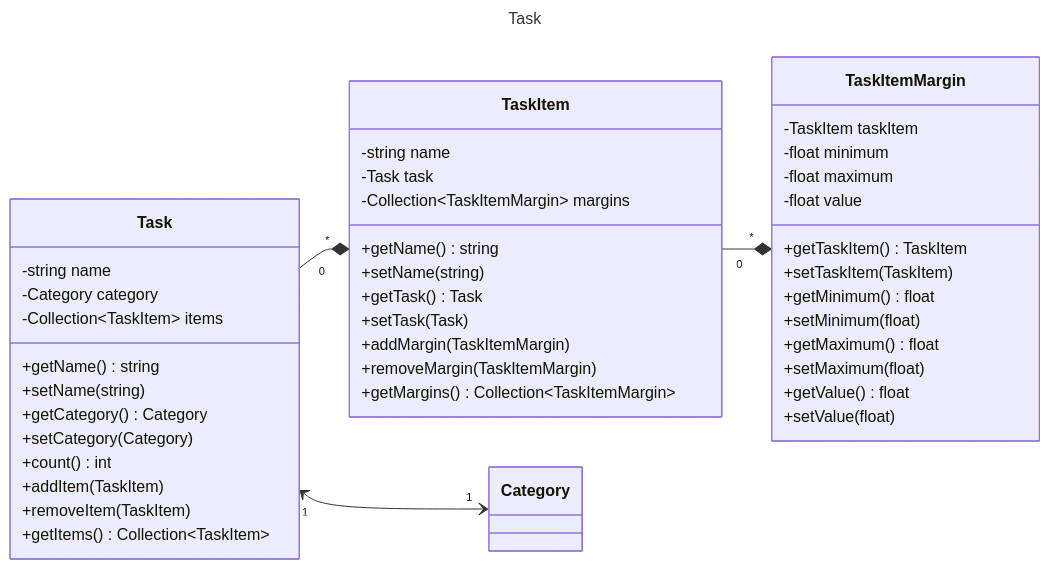
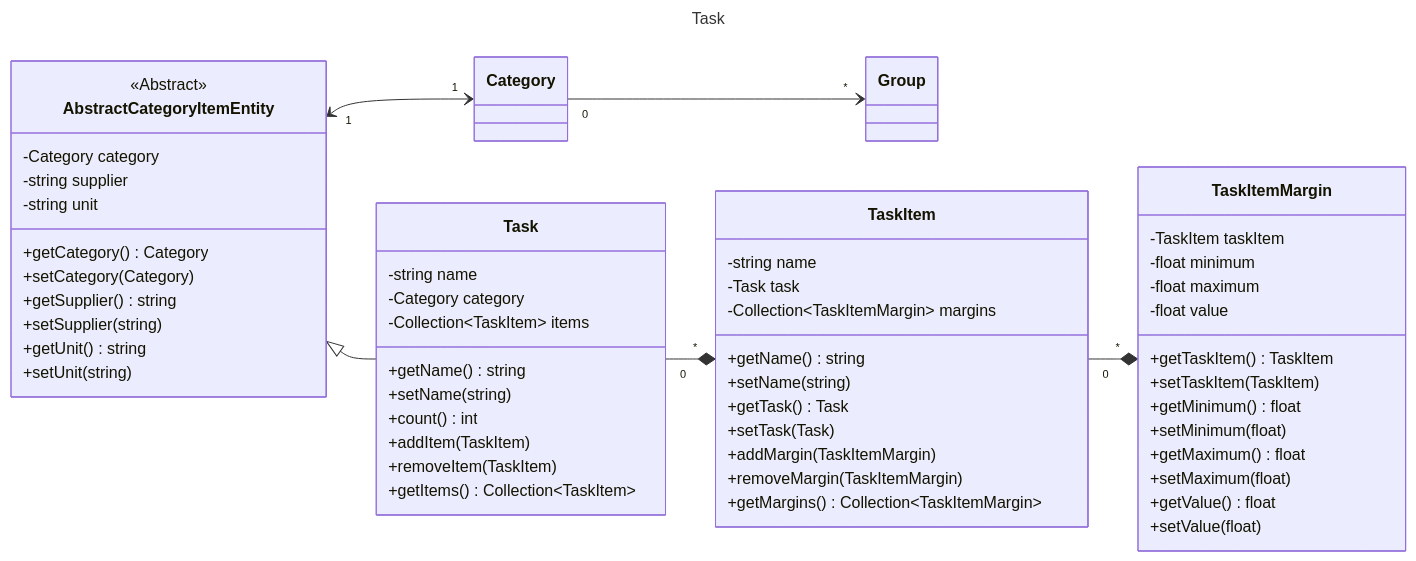
One commit to laurentmuller/calculation changed the diagram in resources/diagram/task.mmd. Above: the diagram before and after it, drawn with Mermaid. The commit also changed 13 other files, not shown here.

Commit message:
Updated diagrams.

```diff
--- a/resources/diagram/task.mmd
+++ b/resources/diagram/task.mmd
@@ -1,55 +1,74 @@
 ---
 title: Task
 ---
 
 classDiagram
     direction LR
+
+    class Group {
+    }
+
+    class Category {
+    }
+
+    class AbstractCategoryItemEntity {
+        <<Abstract>>
+        -Category category
+        -string supplier
+        -string unit
+        +getCategory() Category
+        +setCategory(Category)
+        +getSupplier() string
+        +setSupplier(string)
+        +getUnit() string
+        +setUnit(string)
+    }
+
     class Task {
         -string name
         -Category category
         -Collection~TaskItem~ items
         +getName() string
         +setName(string)
-        +getCategory() Category
-        +setCategory(Category)
         +count() int
         +addItem(TaskItem)
         +removeItem(TaskItem)
         +getItems() Collection~TaskItem~
     }
 
     class TaskItem {
         -string name
         -Task task
         -Collection~TaskItemMargin~ margins
         +getName() string
         +setName(string)
         +getTask() Task
         +setTask(Task)
         +addMargin(TaskItemMargin)
         +removeMargin(TaskItemMargin)
         +getMargins() Collection~TaskItemMargin~
     }
+
     class TaskItemMargin {
         -TaskItem taskItem
         -float minimum
         -float maximum
         -float value
         +getTaskItem() TaskItem
         +setTaskItem(TaskItem)
         +getMinimum() float
         +setMinimum(float)
         +getMaximum() float
         +setMaximum(float)
         +getValue() float
         +setValue(float)
     }
 
-    class Category {
-    }
-
+    AbstractCategoryItemEntity <|-- Task
+    AbstractCategoryItemEntity "1" <--> "1" Category
     Task "0" --* "*" TaskItem
     TaskItem "0" --* "*" TaskItemMargin
-    Task "1" <--> "1" Category
+    Category "0" --> "*" Group
 
     click Category call nodeCallback()
+    click Group call nodeCallback()
```
